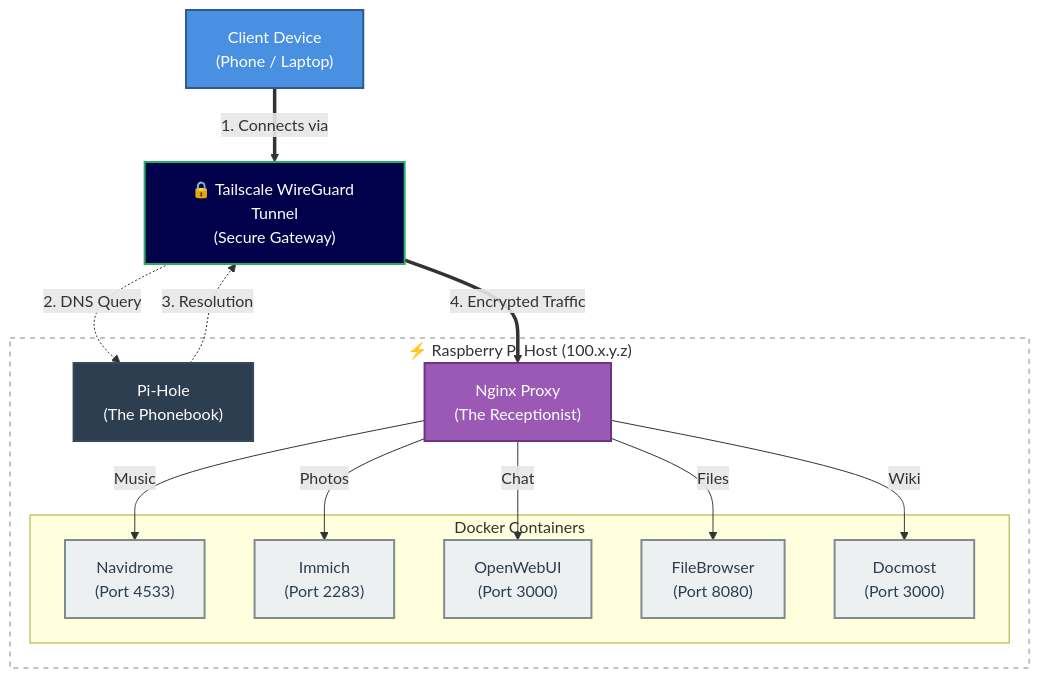
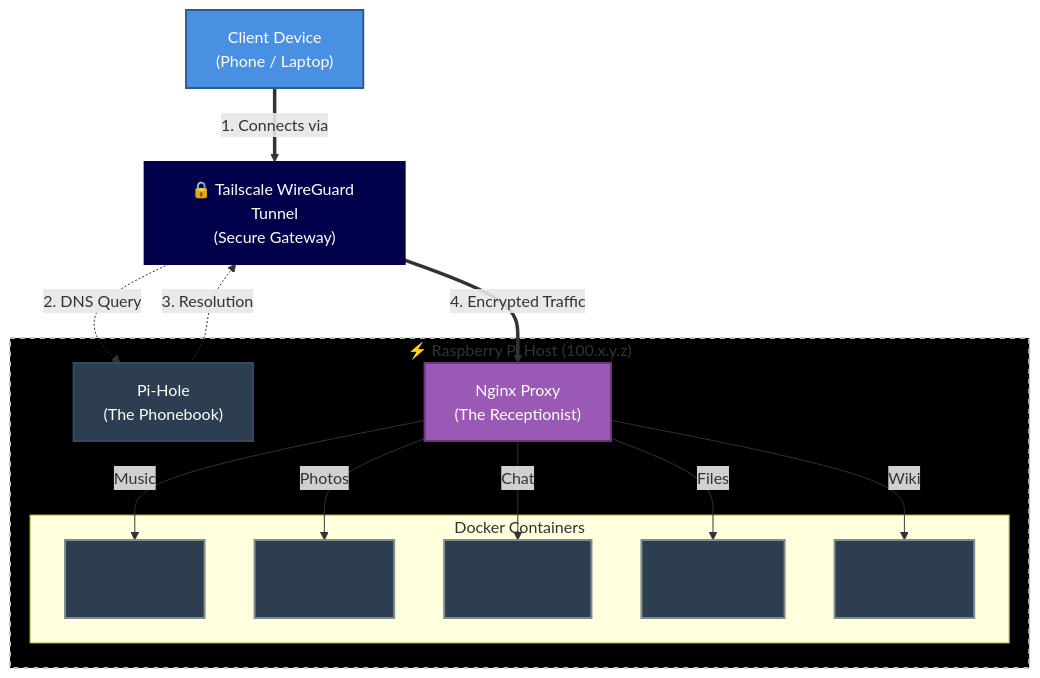
Before and after one commit to spaceadler/homelab: the diagram in README.md, drawn with Mermaid.

````diff
--- a/README.md
+++ b/README.md
@@ -55,65 +55,65 @@
 ```mermaid
 graph TD
 %% --- STYLING DEFINITIONS ---
     
     %% CLIENT (The User Device) -> Currently Bright Blue
     %% fill: Background Color | stroke: Border Color | color: Text Color
     classDef client fill:#4A90E2,stroke:#2E5C8A,stroke-width:2px,color:#fff;
 
     %% DNS (Pi-Hole) -> Currently Dark Navy/Grey
     classDef dns fill:#2C3E50,stroke:#34495E,stroke-width:2px,color:#fff;
 
     %% PROXY (Nginx) -> Currently Purple
     classDef proxy fill:#9B59B6,stroke:#6C3483,stroke-width:2px,color:#fff;
 
     %% SERVICES (The Containers) -> Currently Light Grey/White
-    classDef service fill:#ECF0F1,stroke:#7F8C8D,stroke-width:2px,color:#2C3E50;
+    classDef service fill:#2C3E50,stroke:#7F8C8D,stroke-width:2px,color:#2C3E50;
 
     %% VPN (The Tailscale Box) -> Currently Deep Midnight Blue
-    classDef vpn fill:#00004B,stroke:#27AE60,stroke-width:2px,color:#fff; 
+    classDef vpn fill:#00004B,stroke:#00004B,stroke-width:2px,color:#fff; 
 
     %% HOST (The Raspberry Pi Box) -> Currently White with Dashed Border
-    classDef host fill:#ffffff,stroke:#BDC3C7,stroke-width:2px,stroke-dasharray: 5 5;
+    classDef host fill:#000000,stroke:#BDC3C7,stroke-width:2px,stroke-dasharray: 5 5;
 
     %% NODES
     User["Client Device<br/>(Phone / Laptop)"]:::client
     
     %% THE VPN TUNNEL (The Box the phone goes through)
     VPN["🔒 Tailscale WireGuard Tunnel<br/>(Secure Gateway)"]:::vpn
 
     subgraph Host [" ⚡ Raspberry Pi Host (100.x.y.z) "]
         
         PiHole["Pi-Hole<br/>(The Phonebook)"]:::dns
         Nginx["Nginx Proxy<br/>(The Receptionist)"]:::proxy
         
         subgraph Containers [" Docker Containers "]
             Music["Navidrome<br/>(Port 4533)"]:::service
             Immich["Immich<br/>(Port 2283)"]:::service
             AI["OpenWebUI<br/>(Port 3000)"]:::service
             Files["FileBrowser<br/>(Port 8080)"]:::service
             Docs["Docmost<br/>(Port 3000)"]:::service
         end
     end
 
     %% LOGIC FLOW
     
     %% Step 1: The Secure Connection
     User ==>|"1. Connects via"| VPN
 
     %% Step 2: DNS (Through the Tunnel)
     VPN -.->|"2. DNS Query"| PiHole
     PiHole -.->|"3. Resolution"| VPN
 
     %% Step 3: Traffic (Through the Tunnel to Nginx)
     VPN ==>|"4. Encrypted Traffic"| Nginx
 
     %% Step 4: Internal Routing
     Nginx -->|"Music"| Music
     Nginx -->|"Photos"| Immich
     Nginx -->|"Chat"| AI
     Nginx -->|"Files"| Files
     Nginx -->|"Wiki"| Docs
 
     %% Style the Host box
     class Host host;
 ```
````
